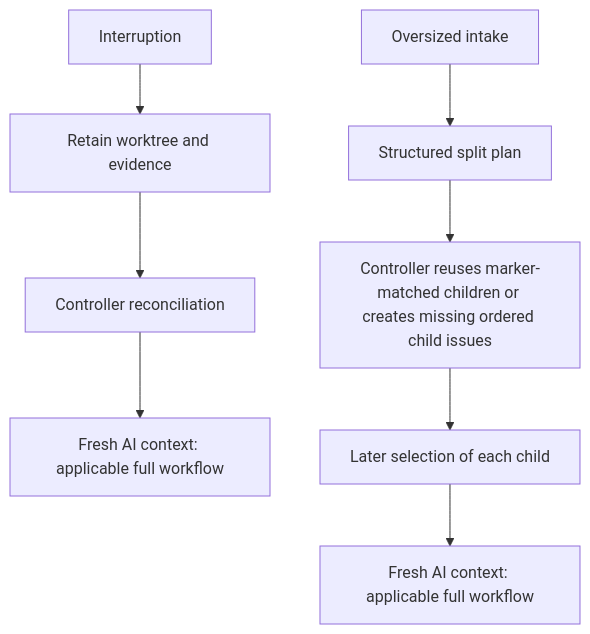
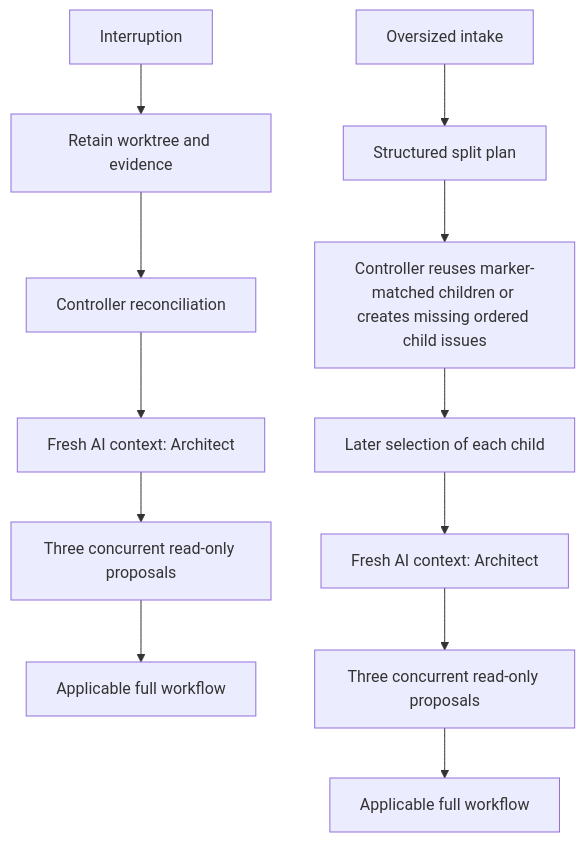
One commit to dfwguy/nvis-ova-agentic-copier changed the fifth of 5 diagrams in template/docs/explanation/agentic-workflow.md. Above: the diagram before and after it, drawn with Mermaid. The commit also changed other lines of this file and 26 other files, not shown here.

Commit message:
feat: add architect proposal gate

````diff
--- a/template/docs/explanation/agentic-workflow.md
+++ b/template/docs/explanation/agentic-workflow.md
@@ -320,10 +359,14 @@
 ```mermaid
 flowchart TD
     interruption["Interruption"] --> retain["Retain worktree and evidence"]
     retain --> recovery["Controller reconciliation"]
-    recovery --> recoveryworkflow["Fresh AI context: applicable full workflow"]
+    recovery --> recoveryarchitect["Fresh AI context: Architect"]
+    recoveryarchitect --> recoveryproposals["Three concurrent read-only proposals"]
+    recoveryproposals --> recoveryworkflow["Applicable full workflow"]
     oversized["Oversized intake"] --> split["Structured split plan"]
     split --> children["Controller reuses marker-matched children or creates missing ordered child issues"]
     children --> selection["Later selection of each child"]
-    selection --> childworkflow["Fresh AI context: applicable full workflow"]
+    selection --> childarchitect["Fresh AI context: Architect"]
+    childarchitect --> childproposals["Three concurrent read-only proposals"]
+    childproposals --> childworkflow["Applicable full workflow"]
 ```
````
